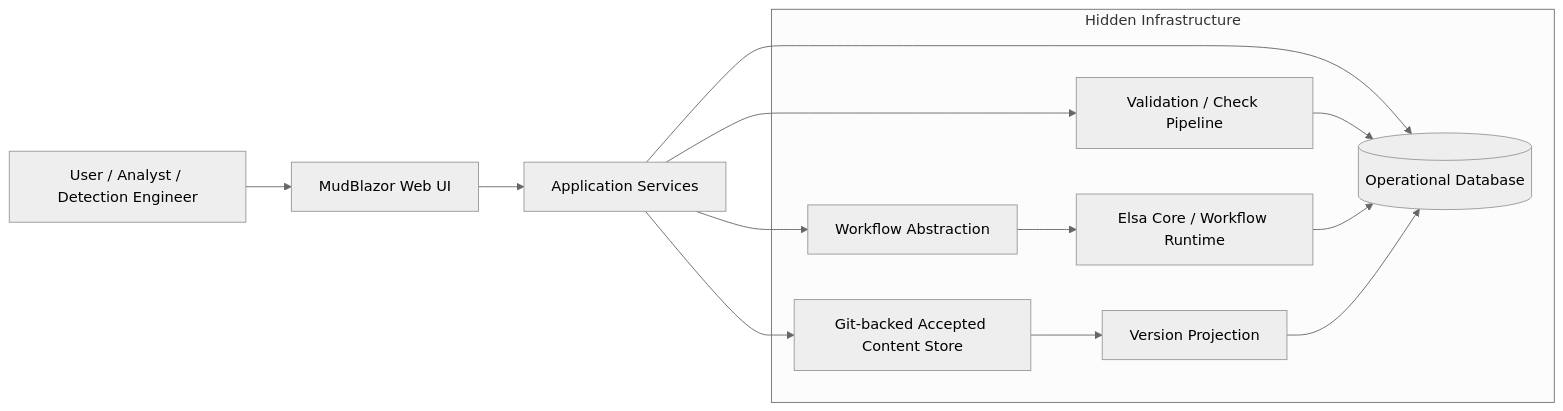
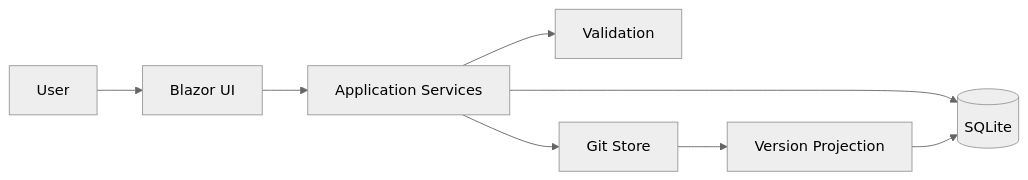
One commit to DeltaZulu-OU/DeltaZulu.Platform changed the first of 3 diagrams in docs/ARCHITECTURE.md. Above: the diagram before and after it, drawn with Mermaid (neutral theme). The commit also changed other lines of this file and 11 other files, not shown here.

````diff
--- a/docs/ARCHITECTURE.md
+++ b/docs/ARCHITECTURE.md
@@ -24,23 +22,10 @@
 ```mermaid
 flowchart LR
-    U[User / Analyst / Detection Engineer] --> UI[MudBlazor Web UI]
+    U[User] --> UI[Blazor UI]
     UI --> APP[Application Services]
-    APP --> DB[(Operational Database)]
-    APP --> WF[Workflow Abstraction]
-    WF --> ELSA[Elsa Core / Workflow Runtime]
-    APP --> VAL[Validation / Check Pipeline]
-    APP --> GIT[Git-backed Accepted Content Store]
-    VAL --> DB
-    ELSA --> DB
-    GIT --> DBP[Version Projection]
-    DBP --> DB
-
-    subgraph Hidden Infrastructure
-        DB
-        WF
-        ELSA
-        VAL
-        GIT
-        DBP
-    end
+    APP --> DB[(SQLite)]
+    APP --> VAL[Validation]
+    APP --> GIT[Git Store]
+    GIT --> VP[Version Projection]
+    VP --> DB
 ```
````
